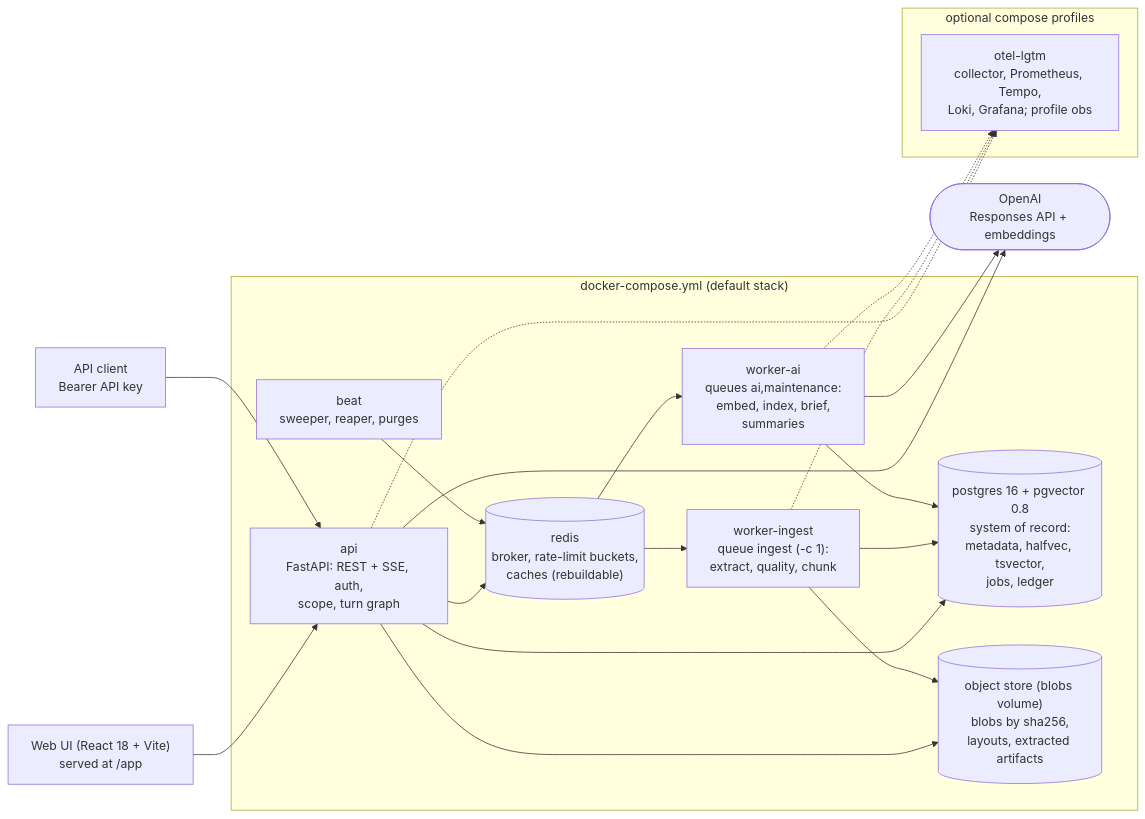
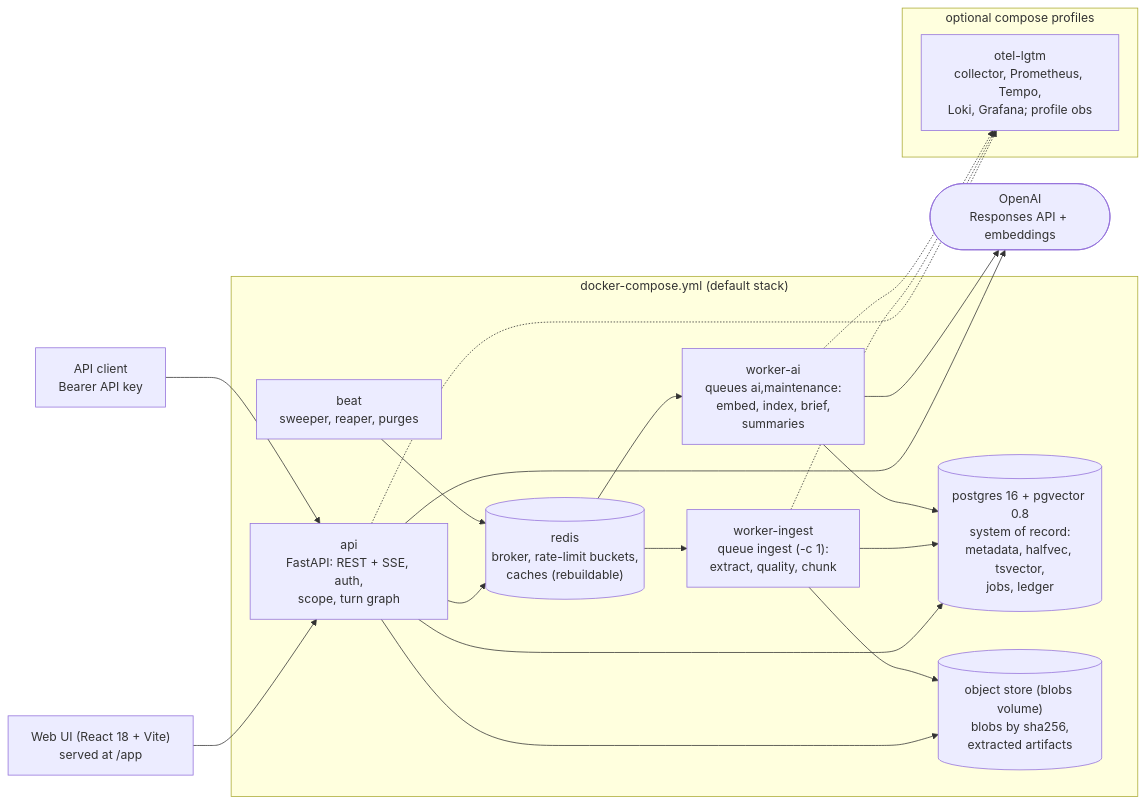
One commit to Madhav2310/Vault-System changed the diagram in docs/img/topology.mmd. Above: the diagram before and after it, drawn with Mermaid. The commit also changed 14 other files, not shown here.

First line of the commit message:
Docs: restructure AI_USAGE, add overview and limits to ARCHITECTURE, rewrite the demo walkthrough, fix stale claims

```diff
--- a/docs/img/topology.mmd
+++ b/docs/img/topology.mmd
@@ -1,32 +1,32 @@
 flowchart LR
     ui["Web UI (React 18 + Vite)<br/>served at /app"]
     client["API client<br/>Bearer API key"]
     subgraph compose["docker-compose.yml (default stack)"]
         api["api<br/>FastAPI: REST + SSE, auth,<br/>scope, turn graph"]
         wi["worker-ingest<br/>queue ingest (-c 1):<br/>extract, quality, chunk"]
         wa["worker-ai<br/>queues ai,maintenance:<br/>embed, index, brief,<br/>summaries"]
         beat["beat<br/>sweeper, reaper, purges"]
         pg[("postgres 16 + pgvector 0.8<br/>system of record:<br/>metadata, halfvec, tsvector,<br/>jobs, ledger")]
         redis[("redis<br/>broker, rate-limit buckets,<br/>caches (rebuildable)")]
-        blobs[("object store (blobs volume)<br/>blobs by sha256,<br/>layouts, extracted artifacts")]
+        blobs[("object store (blobs volume)<br/>blobs by sha256,<br/>extracted artifacts")]
     end
     subgraph optional["optional compose profiles"]
         obs["otel-lgtm<br/>collector, Prometheus, Tempo,<br/>Loki, Grafana; profile obs"]
     end
     openai(["OpenAI<br/>Responses API + embeddings"])
     ui --> api
     client --> api
     api --> pg
     api --> redis
     api --> blobs
     api --> openai
     redis --> wi
     redis --> wa
     beat --> redis
     wi --> pg
     wi --> blobs
     wa --> pg
     wa --> openai
     api -.-> obs
     wi -.-> obs
     wa -.-> obs
```
